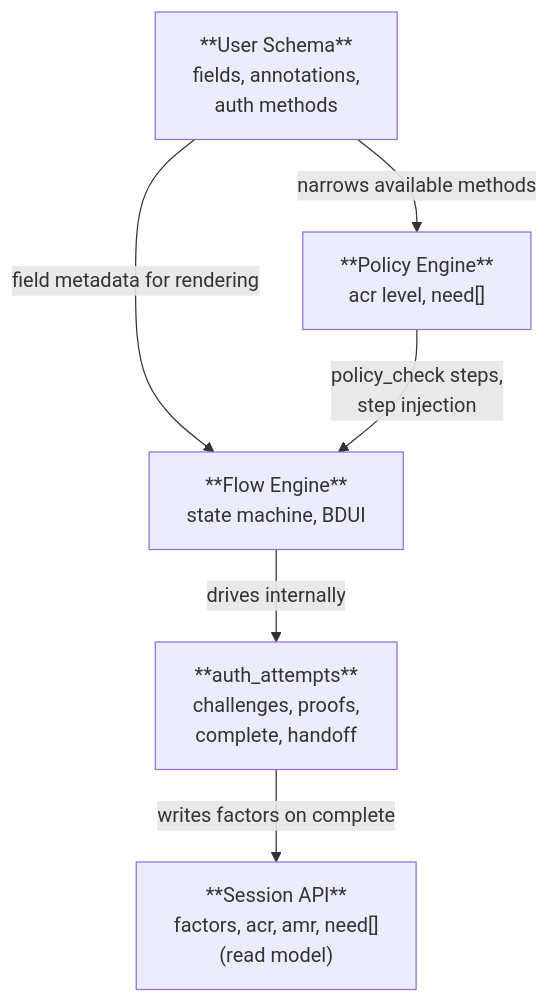
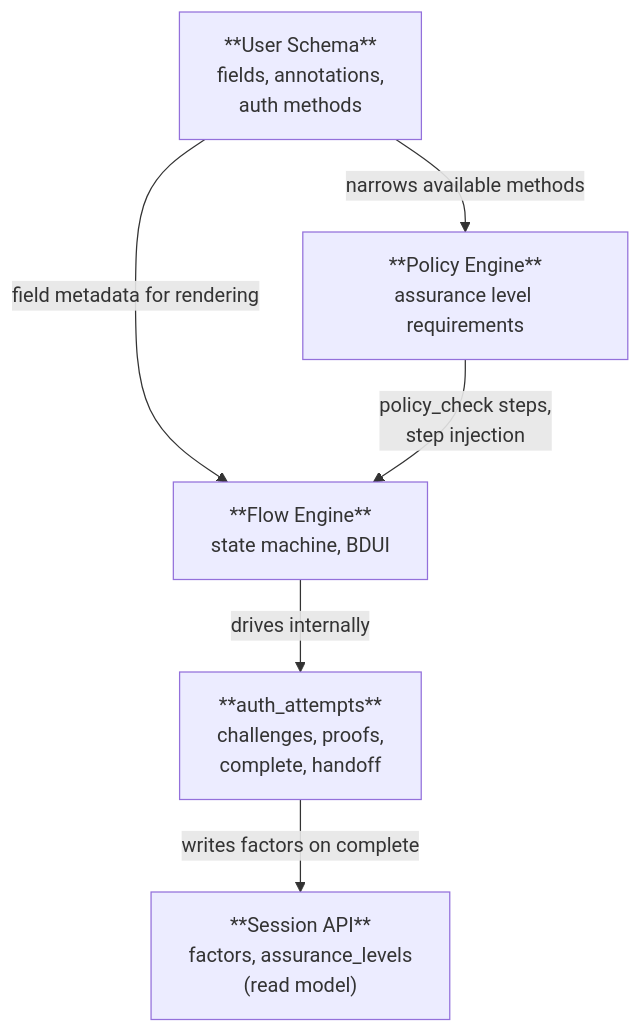
Before and after one commit to zitadel/nextgen: the diagram in docs/design/flowengine/README.md, drawn with Mermaid. The commit also changed other lines of this file and 10 other files, not shown here.

````diff
--- a/docs/design/flowengine/README.md
+++ b/docs/design/flowengine/README.md
@@ -74,14 +74,14 @@
 ```mermaid
 graph TD
     Schema["**User Schema**<br>fields, annotations,<br>auth methods"]
-    Policy["**Policy Engine**<br>acr level, need[]"]
+    Policy["**Policy Engine**<br>assurance level requirements"]
     Flow["**Flow Engine**<br>state machine, BDUI"]
     Attempts["**auth_attempts**<br>challenges, proofs,<br>complete, handoff"]
-    Session["**Session API**<br>factors, acr, amr, need[]<br>(read model)"]
+    Session["**Session API**<br>factors, assurance_levels<br>(read model)"]
 
     Schema -- "narrows available methods" --> Policy
     Schema -- "field metadata for rendering" --> Flow
     Policy -- "policy_check steps,<br>step injection" --> Flow
     Flow -- "drives internally" --> Attempts
     Attempts -- "writes factors on complete" --> Session
 ```
````
